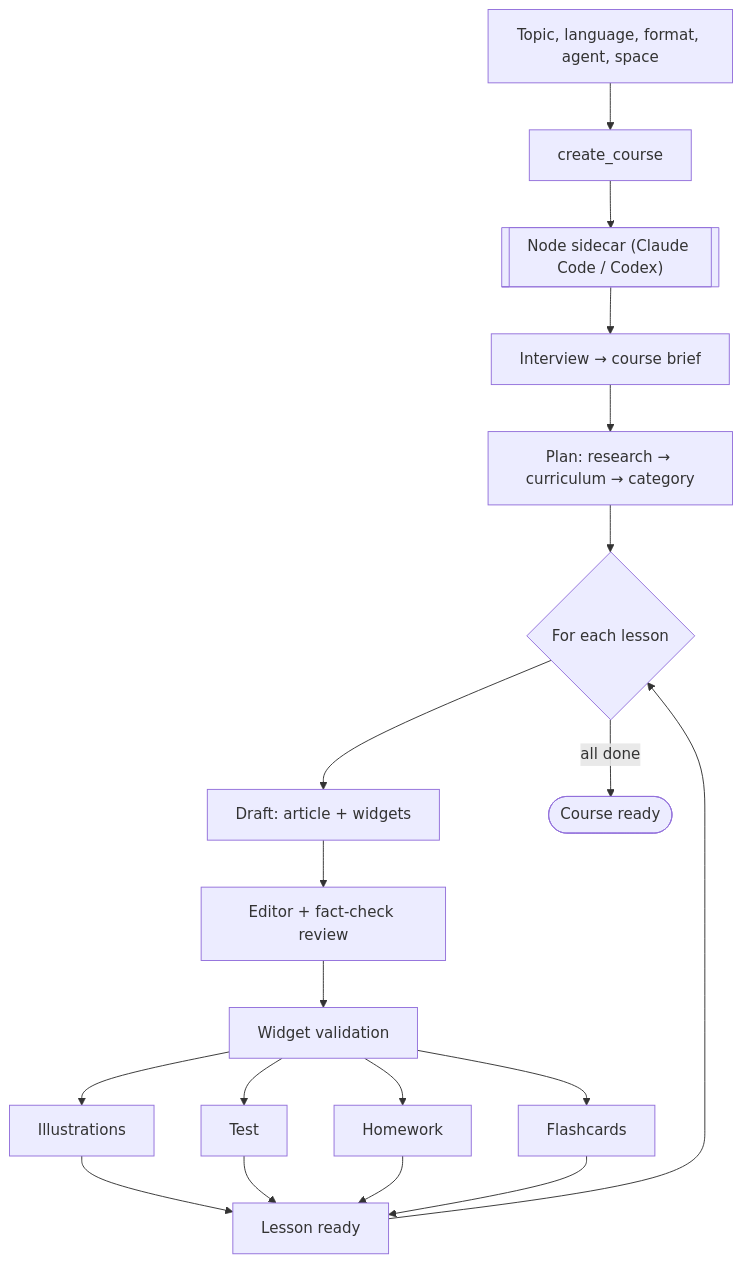
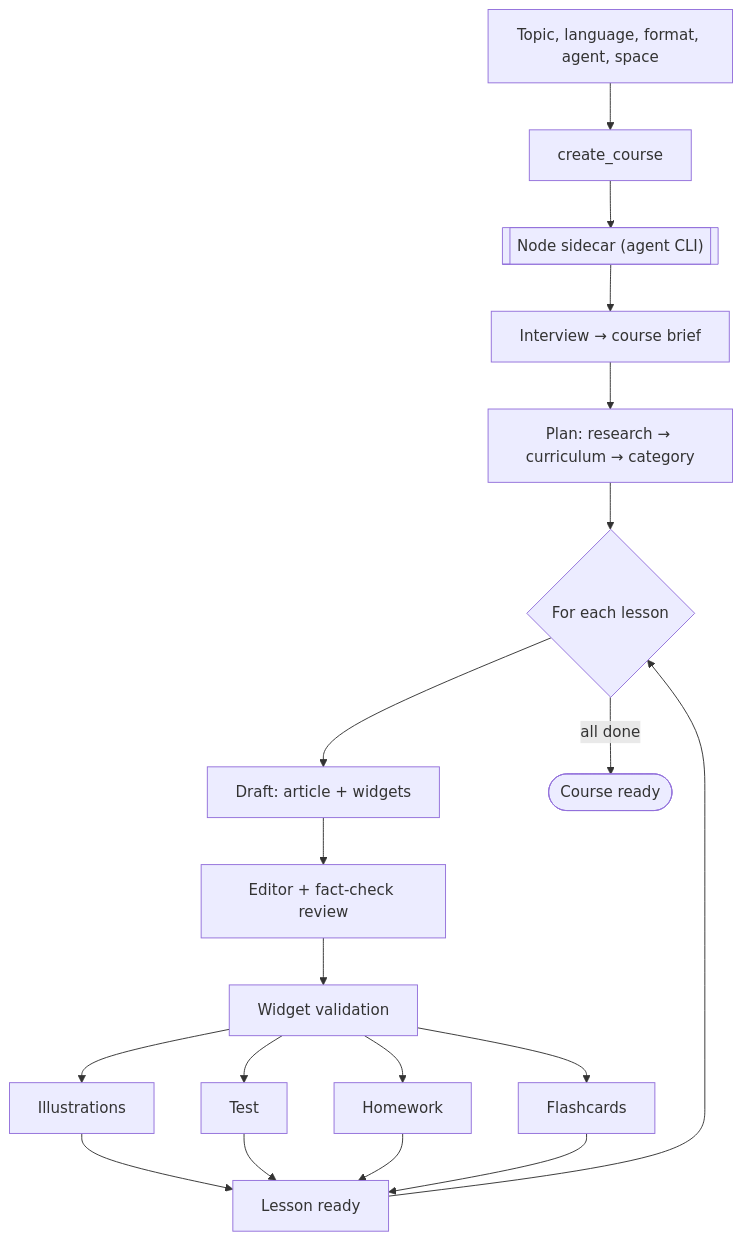
The diagram in README.md (legostin/learn-almost-anything), drawn with Mermaid before and after one commit. The commit also changed other lines of this file and 18 other files, not shown here.

````diff
--- a/README.md
+++ b/README.md
@@ -132,21 +134,21 @@
 ```mermaid
 flowchart TD
   U["Topic, language, format, agent, space"] --> CC["create_course"]
-  CC --> SC[["Node sidecar (Claude Code / Codex)"]]
+  CC --> SC[["Node sidecar (agent CLI)"]]
   SC --> WQ["Interview → course brief"]
   WQ --> BS["Plan: research → curriculum → category"]
   BS --> LOOP{"For each lesson"}
   LOOP --> D1["Draft: article + widgets"]
   D1 --> D2["Editor + fact-check review"]
   D2 --> D3["Widget validation"]
   D3 --> ILL["Illustrations"]
   D3 --> TST["Test"]
   D3 --> HW["Homework"]
   D3 --> FC["Flashcards"]
   ILL --> RDY["Lesson ready"]
   TST --> RDY
   HW --> RDY
   FC --> RDY
   RDY --> LOOP
   LOOP -->|all done| FIN(["Course ready"])
 ```
````
